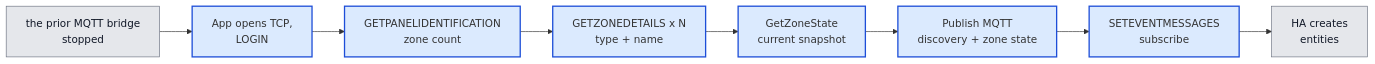
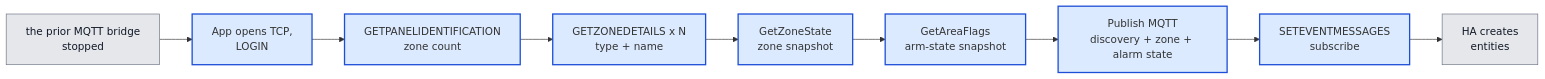
The third of 6 diagrams in docs/architecture.md (michaelmarconi/texecom_alarm), drawn with Mermaid before and after one commit. The commit also changed other lines of this file and 4 other files, not shown here.

First line of the commit message:
docs(spike): complete spike-007-area-arm-state-startup-read — Validated ✅

````diff
--- a/docs/architecture.md
+++ b/docs/architecture.md
@@ -222,16 +238,17 @@
 ```mermaid
 flowchart LR
     Stop["the prior MQTT bridge<br/>stopped"]:::external
     Open["App opens TCP,<br/>LOGIN"]:::owned
     Ident["GETPANELIDENTIFICATION<br/>zone count"]:::owned
     Loop["GETZONEDETAILS x N<br/>type + name"]:::owned
-    Snap["GetZoneState<br/>current snapshot"]:::owned
-    Pub["Publish MQTT<br/>discovery + zone state"]:::owned
+    ZoneSnap["GetZoneState<br/>zone snapshot"]:::owned
+    AreaSnap["GetAreaFlags<br/>arm-state snapshot"]:::owned
+    Pub["Publish MQTT<br/>discovery + zone + alarm state"]:::owned
     Sub["SETEVENTMESSAGES<br/>subscribe"]:::owned
     HAEnt["HA creates<br/>entities"]:::external
 
-    Stop --> Open --> Ident --> Loop --> Snap --> Pub --> Sub --> HAEnt
+    Stop --> Open --> Ident --> Loop --> ZoneSnap --> AreaSnap --> Pub --> Sub --> HAEnt
 
     classDef owned fill:#dbeafe,stroke:#1d4ed8,stroke-width:2px
     classDef external fill:#e5e7eb,stroke:#6b7280,color:#111827
 ```
````
